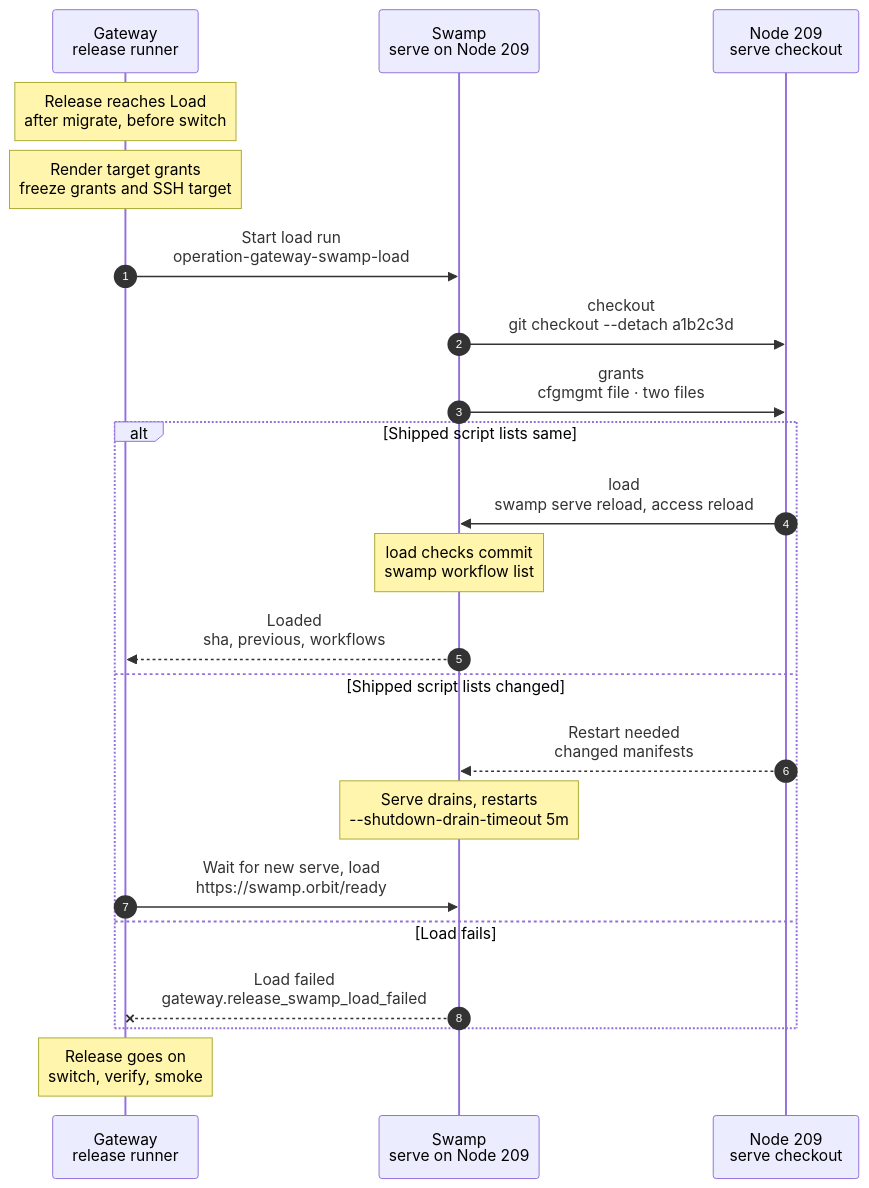
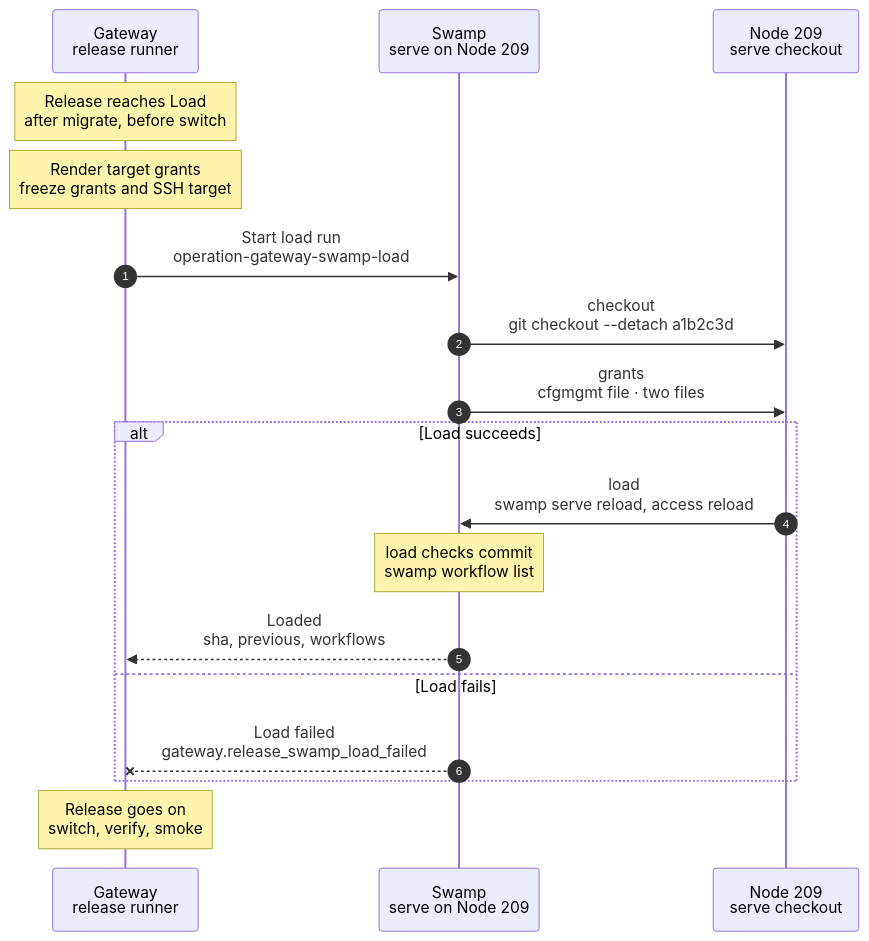
One commit to hardimpactdev/orbit changed the diagram in docs/cli/gateway/swamp-load.mmd. Above: the diagram before and after it, drawn with Mermaid. The commit also changed 11 other files, not shown here.

First line of the commit message:
refactor(swamp): the release load relies on serve reload for shipped files (Lab #4282)

```diff
--- a/docs/cli/gateway/swamp-load.mmd
+++ b/docs/cli/gateway/swamp-load.mmd
@@ -1,85 +1,71 @@
 sequenceDiagram
   %% Target design: swamp-load-git-checkout (Nick 2026-11-01), release-waits-for-swamp, single-swamp-node. docs/reference/gateway-recovery.md#load-swamp.
   %% Tightened: flow-tighten 2026-11-02, Nick approved Gateway grant rendering; official file actions run after checkout and before reload.
   %% status: reviewed
   %% command: gateway:release:deploy · Load Swamp
   %% kind: gateway.swamp_load
   %% behavior name: gateway-swamp-checkout, gateway-swamp-load, release-<gateway|serve>-grants-209 (fixed)
   autonumber
   %% lane GW icon=gateway pill=intent tone=blue
   %% lane SW icon=workflow pill=executes tone=green
   %% lane N icon=server pill=target tone=amber
   participant GW as Gateway<br/>release runner
   participant SW as Swamp<br/>serve on Node 209
   participant N as Node 209<br/>serve checkout
   Note over GW: Release reaches Load<br/>after migrate, before switch
   %%> When:
   %%> - every Gateway release, automatic or `orbit gateway:release:deploy <sha>`
   %%> - after prepare and migrate, before the switch
   %%> - also for releases that change no Swamp file, so Gateway and Swamp always run the same commit
   %%> Not included:
   %%> - no CLI command of its own; the release runner is the only caller
   %%> - `gateway:release:rollback` skips this step, so a rollback works while Swamp is down
   Note over GW: Render target grants<br/>freeze grants and SSH target
   GW->>SW: Start load run<br/>operation-gateway-swamp-load
   %%> What it does:
   %%> - records task #5150 with the release commit
   %%> - starts one Swamp run on serve, placed on the `swamp` role
   %%> Inputs:
   %%> - the release commit, for example `a1b2c3d`, its rendered grants and the admitted SSH target
   %%> Retry:
   %%> - when serve is restarting, the start waits up to 10 minutes instead of pausing the release
   SW->>N: checkout<br/>git checkout --detach a1b2c3d
   %%> Requirements:
   %%> - the new commit descends from the current one (fast-forward only)
   %%> On the Node:
   %%> - fetches the commit into the serve checkout
   %%> - moves the checkout to it
   %%> Why:
   %%> - Swamp's default mode reads `swamp/` from a Git checkout; no custom loader
   SW->>N: grants<br/>cfgmgmt file · two files
   %%> What it does:
   %%> - writes the Gateway-rendered `orbit-gateway.yaml` and `orbit-serve.yaml` under `swamp/grants/`
   %%> - uses the admitted SSH target with owner `orbit`, group `orbit` and mode `0640`
   %%> - the two fixed file behaviors run in parallel; a failed write stops the load
-  alt Shipped script lists same
+  alt Load succeeds
     N->>SW: load<br/>swamp serve reload, access reload
     %%> What it does:
     %%> - `swamp serve reload`: serve picks up new and changed workflows and extensions
+    %%> - extensions come with their manifest `additionalFiles`, so a newly shipped file needs no serve restart (Lab #4282, fixed in db3f6373)
     %%> - `swamp access reload`: serve creates, revokes or keeps grants to match the file
     %%> Why:
     %%> - a reload, not a restart: running work keeps going
     Note over SW: load checks commit<br/>swamp workflow list
     %%> What it does:
     %%> - compares the workflows serve runs with the workflows in the commit
     %%> - ignores the `schedule-<uuid>` workflows that Schedules publish
     SW-->>GW: Loaded<br/>sha, previous, workflows
     %%> Result:
     %%> - task #5150 succeeded
     %%> - returns the commit, the previous commit and the workflow count
-  else Shipped script lists changed
-    N-->>SW: Restart needed<br/>changed manifests
-    %%> Why:
-    %%> - serve's reload keeps each extension's file list from its start (Lab #4282)
-    %%> - so new shipped scripts reach workers only after a restart
-    %%> Temporary:
-    %%> - remove this branch when Lab #4282 is fixed
-    Note over SW: Serve drains, restarts<br/>--shutdown-drain-timeout 5m
-    %%> What it does:
-    %%> - serve takes no new work and lets running work finish, up to 5 minutes
-    %%> - then a new serve instance starts from the new commit
-    GW->>SW: Wait for new serve, load<br/>https://swamp.orbit/ready
-    %%> What it does:
-    %%> - waits up to 7 minutes for a new serve instance id
-    %%> - then starts the load once more; that run takes the first branch
   else Load fails
     SW--xGW: Load failed<br/>gateway.release_swamp_load_failed
     %%> Result:
     %%> - task #5150 failed
     %%> - the release pauses before the switch; the old Gateway release stays live
     %%> - the checkout may stay on the new commit; fix forward and resume the release
   end
   Note over GW: Release goes on<br/>switch, verify, smoke
   %%> Result:
   %%> - Gateway and Swamp now run the same commit
   %%> - the release switches to the new Gateway code
```
